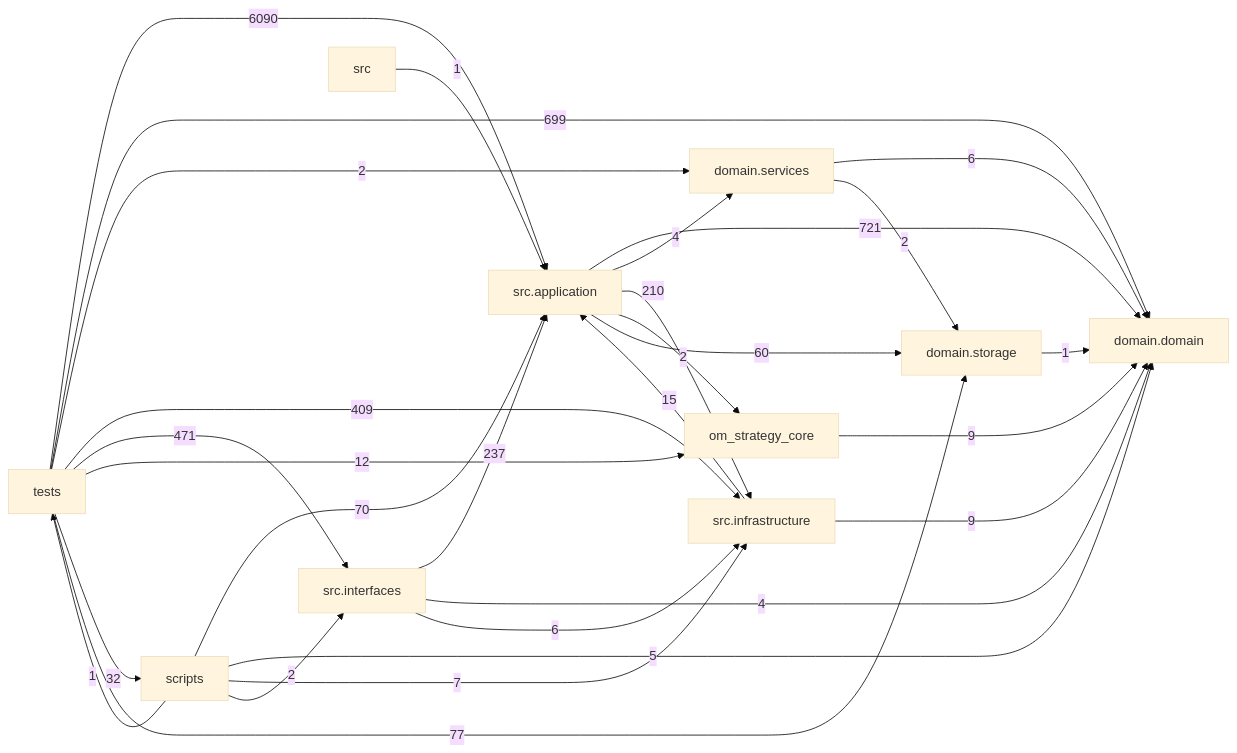
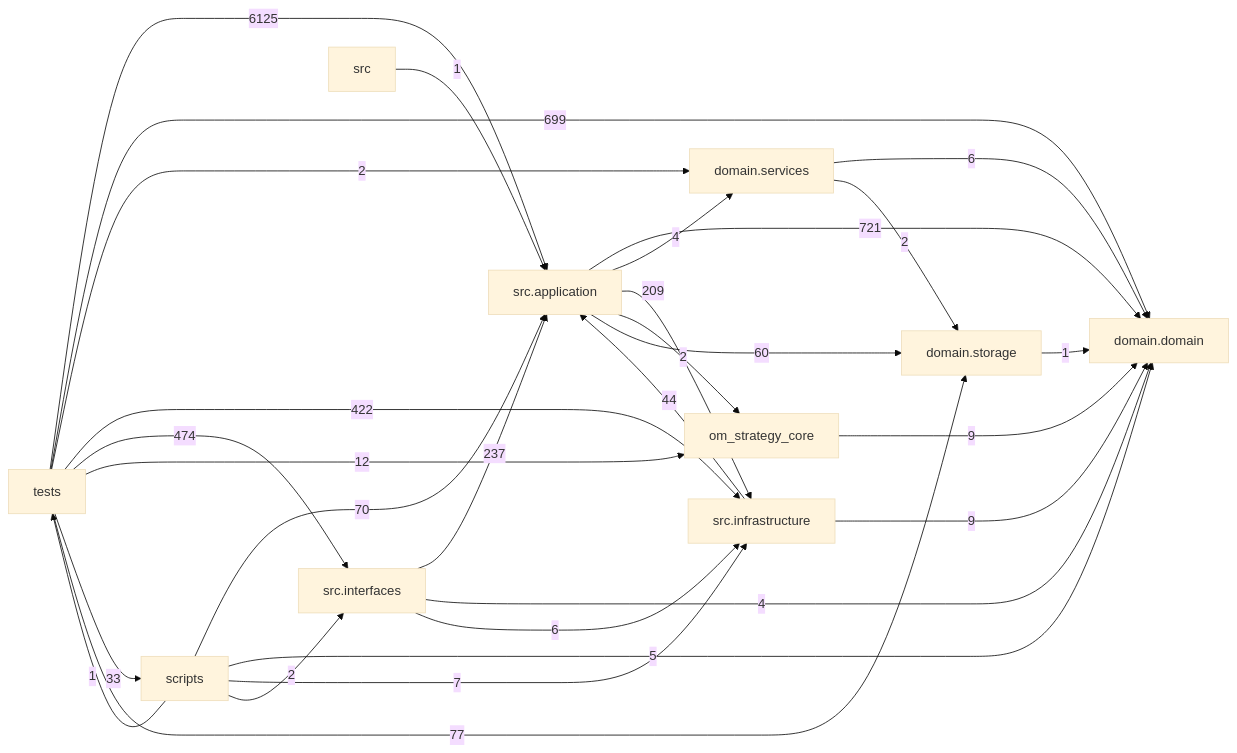
Before and after one commit to liuxie066/options-monitor: the diagram in docs/DEPENDENCY_GRAPH.md, drawn with Mermaid (base theme). The commit also changed other lines of this file and 45 other files, not shown here.

````diff
--- a/docs/DEPENDENCY_GRAPH.md
+++ b/docs/DEPENDENCY_GRAPH.md
@@ -24,39 +24,39 @@
 ```mermaid
 flowchart LR
   tests["tests"]
   scripts["scripts"]
   interfaces["src.interfaces"]
   application["src.application"]
   infrastructure["src.infrastructure"]
   domain_services["domain.services"]
   domain["domain.domain"]
   storage["domain.storage"]
   application -->|721| domain
   application -->|4| domain_services
-  application -->|210| infrastructure
+  application -->|209| infrastructure
   application -->|2| om_strategy_core
   application -->|60| storage
   domain_services -->|6| domain
   domain_services -->|2| storage
-  infrastructure -->|15| application
+  infrastructure -->|44| application
   infrastructure -->|9| domain
   interfaces -->|237| application
   interfaces -->|4| domain
   interfaces -->|6| infrastructure
   om_strategy_core -->|9| domain
   scripts -->|70| application
   scripts -->|5| domain
   scripts -->|7| infrastructure
   scripts -->|2| interfaces
   scripts -->|1| tests
   src -->|1| application
   storage -->|1| domain
-  tests -->|6090| application
+  tests -->|6125| application
   tests -->|699| domain
   tests -->|2| domain_services
-  tests -->|409| infrastructure
-  tests -->|471| interfaces
+  tests -->|422| infrastructure
+  tests -->|474| interfaces
   tests -->|12| om_strategy_core
-  tests -->|32| scripts
+  tests -->|33| scripts
   tests -->|77| storage
 ```
````
